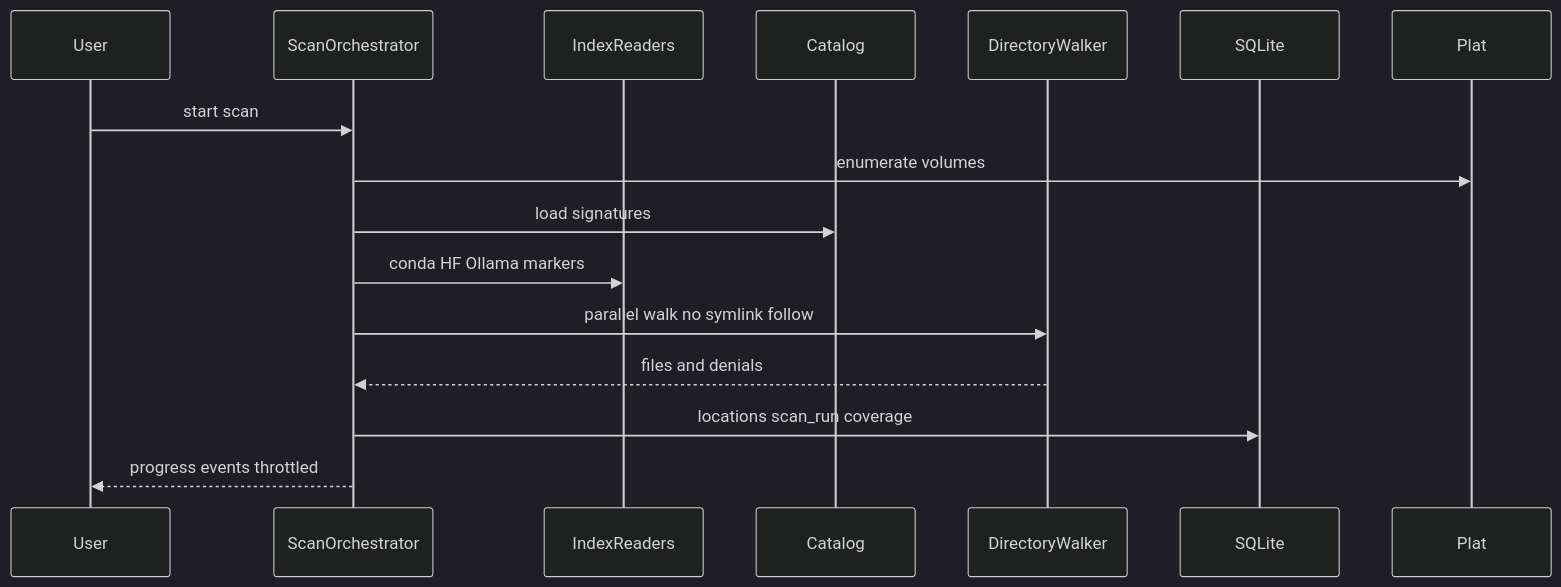
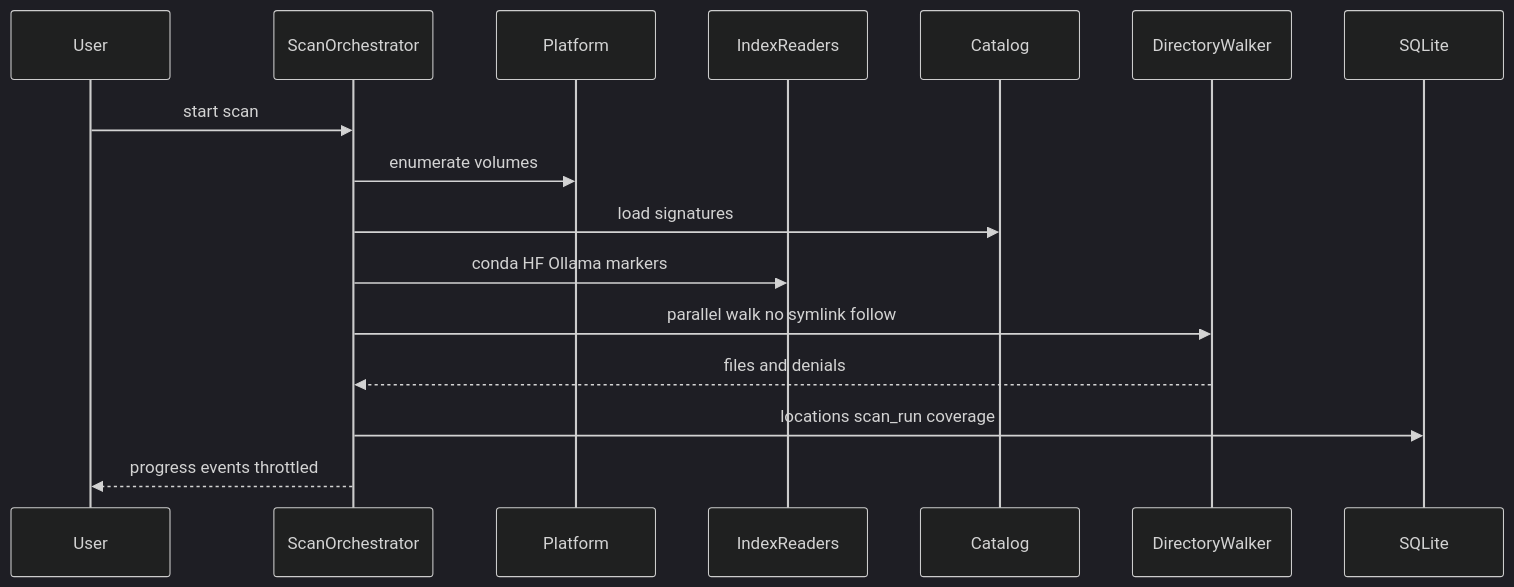
One commit to mFontecchio/AIcoSystem changed the second of 2 diagrams in design_draft.md. Above: the diagram before and after it, drawn with Mermaid (dark theme). The commit also changed other lines of this file and 17 other files, not shown here.

````diff
--- a/design_draft.md
+++ b/design_draft.md
@@ -143,18 +159,19 @@
 ```mermaid
 sequenceDiagram
   participant User
   participant Scan as ScanOrchestrator
+  participant Plat as Platform
   participant Idx as IndexReaders
   participant Cat as Catalog
   participant Walk as DirectoryWalker
   participant DB as SQLite
 
   User->>Scan: start scan
   Scan->>Plat: enumerate volumes
   Scan->>Cat: load signatures
   Scan->>Idx: conda HF Ollama markers
   Scan->>Walk: parallel walk no symlink follow
   Walk-->>Scan: files and denials
   Scan->>DB: locations scan_run coverage
   Scan-->>User: progress events throttled
 ```
````
